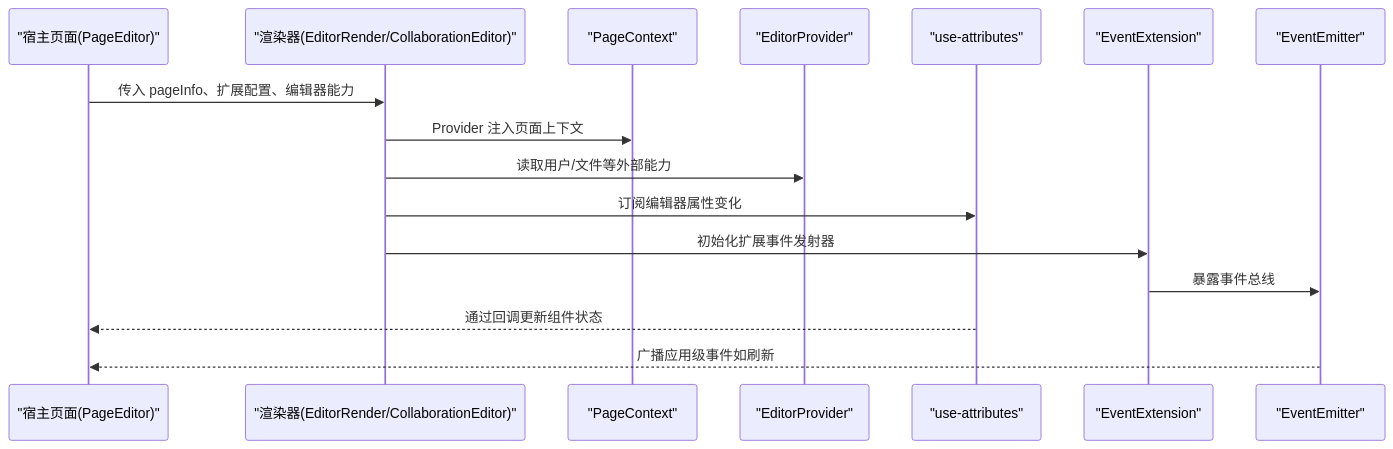
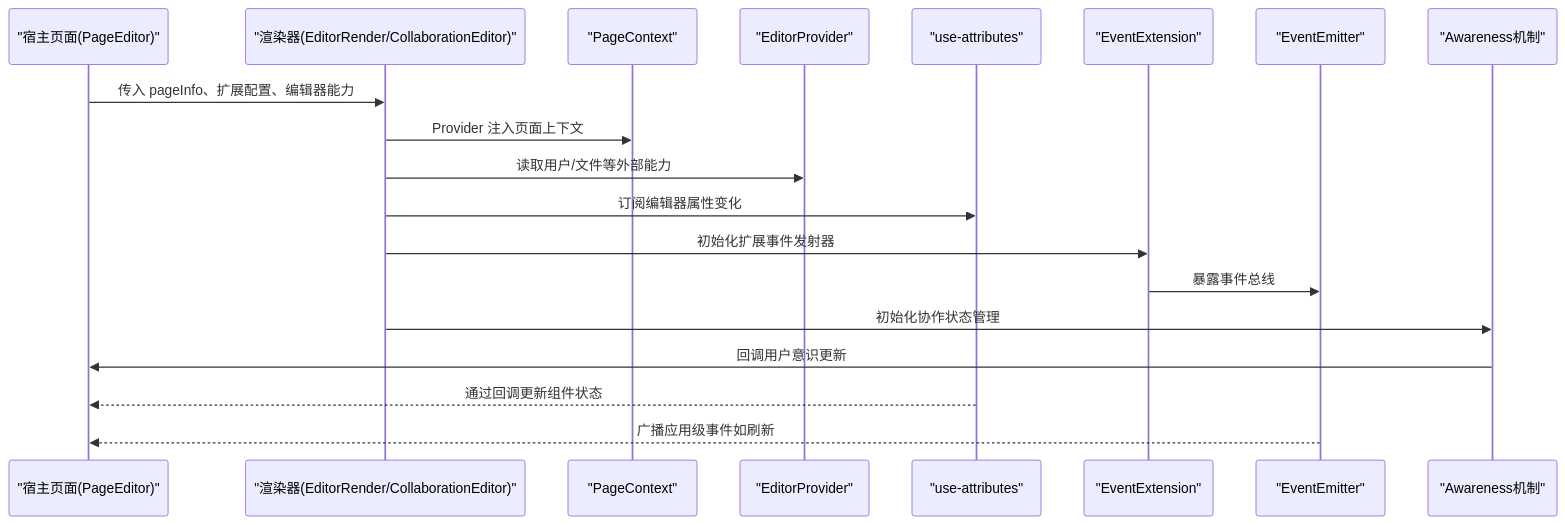
The second of 11 diagrams in .qoder/repowiki/zh/content/核心模块/编辑器核心内核/编辑器上下文管理.md (LRF0422/Kotion), drawn with Mermaid before and after one commit. The commit also changed other lines of this file and 75 other files, not shown here.

````diff
--- a/.qoder/repowiki/zh/content/核心模块/编辑器核心内核/编辑器上下文管理.md
+++ b/.qoder/repowiki/zh/content/核心模块/编辑器核心内核/编辑器上下文管理.md
@@ -145,18 +176,21 @@
 ```mermaid
 sequenceDiagram
 participant Host as "宿主页面(PageEditor)"
 participant Render as "渲染器(EditorRender/CollaborationEditor)"
 participant Ctx as "PageContext"
 participant Prov as "EditorProvider"
 participant Hook as "use-attributes"
 participant Ext as "EventExtension"
 participant Bus as "EventEmitter"
+participant Aware as "Awareness机制"
 Host->>Render : 传入 pageInfo、扩展配置、编辑器能力
 Render->>Ctx : Provider 注入页面上下文
 Render->>Prov : 读取用户/文件等外部能力
 Render->>Hook : 订阅编辑器属性变化
 Render->>Ext : 初始化扩展事件发射器
 Ext->>Bus : 暴露事件总线
+Render->>Aware : 初始化协作状态管理
+Aware->>Host : 回调用户意识更新
 Hook-->>Host : 通过回调更新组件状态
 Bus-->>Host : 广播应用级事件如刷新
 ```
````
